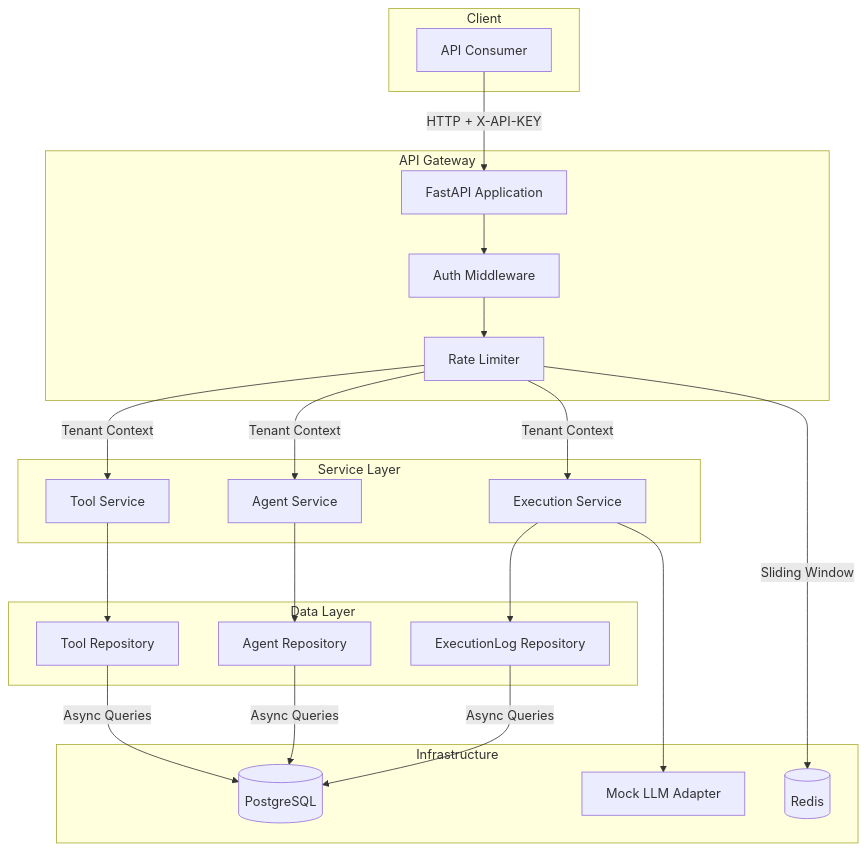
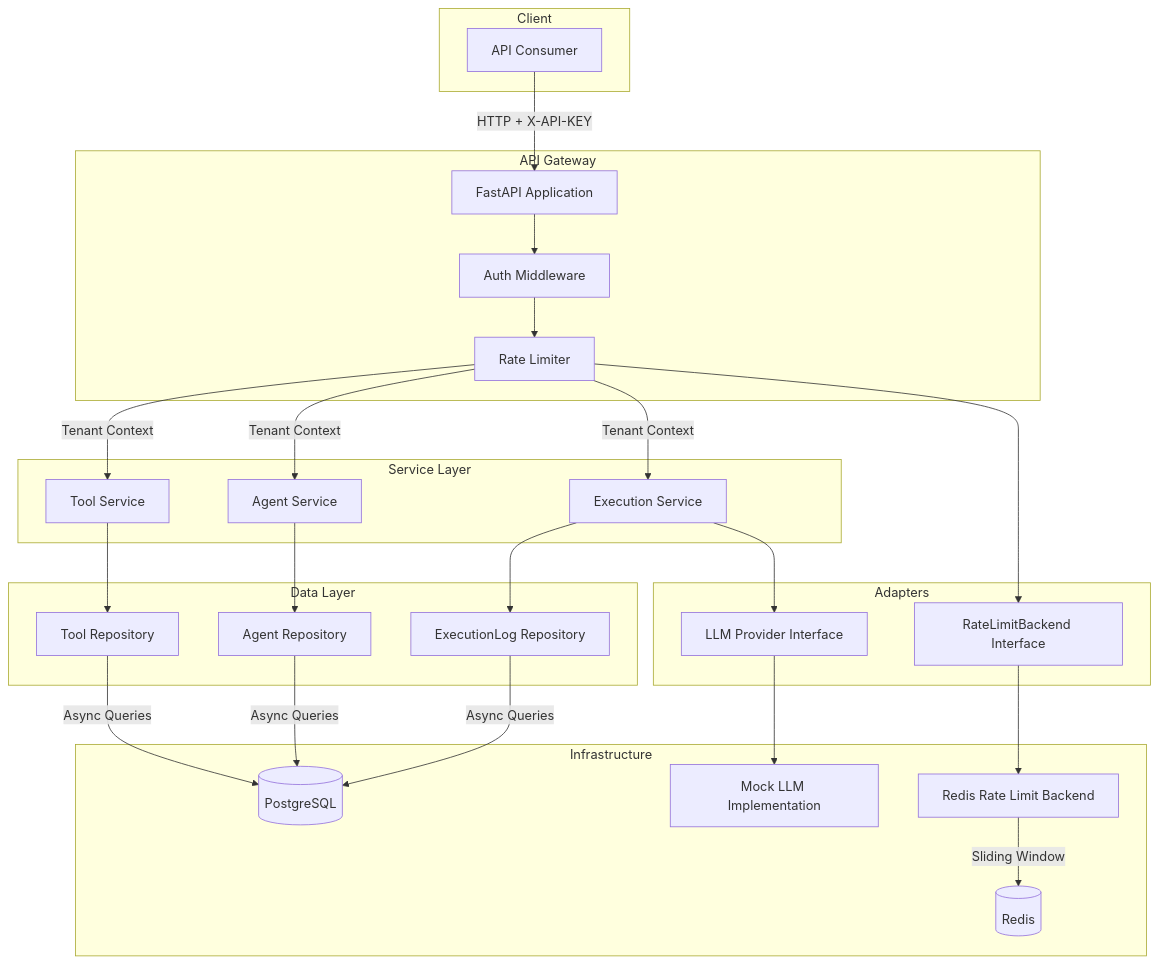
The diagram in README.md (yehudit607/mini-agent-platform), drawn with Mermaid before and after one commit. The commit also changed other lines of this file, not shown here.

````diff
--- a/README.md
+++ b/README.md
@@ -44,43 +45,53 @@
 ```mermaid
 flowchart TB
     subgraph Client
         A[API Consumer]
     end
 
     subgraph API Gateway
         B[FastAPI Application]
         C[Auth Middleware]
         D[Rate Limiter]
     end
 
     subgraph Service Layer
         E[Tool Service]
         F[Agent Service]
         G[Execution Service]
     end
 
     subgraph Data Layer
         H[Tool Repository]
         I[Agent Repository]
         J[ExecutionLog Repository]
     end
 
+    subgraph Adapters
+        M[LLM Provider Interface]
+        N[RateLimitBackend Interface]
+    end
+
     subgraph Infrastructure
         K[(PostgreSQL)]
         L[(Redis)]
-        M[Mock LLM Adapter]
+        O[Mock LLM Implementation]
+        P[Redis Rate Limit Backend]
     end
 
     A -->|HTTP + X-API-KEY| B
     B --> C
     C --> D
     D -->|Tenant Context| E & F & G
 
     E --> H
     F --> I
     G --> J
     G --> M
+    D --> N
+
+    M --> O
+    N --> P
 
     H & I & J -->|Async Queries| K
-    D -->|Sliding Window| L
+    P -->|Sliding Window| L
 ```
````
